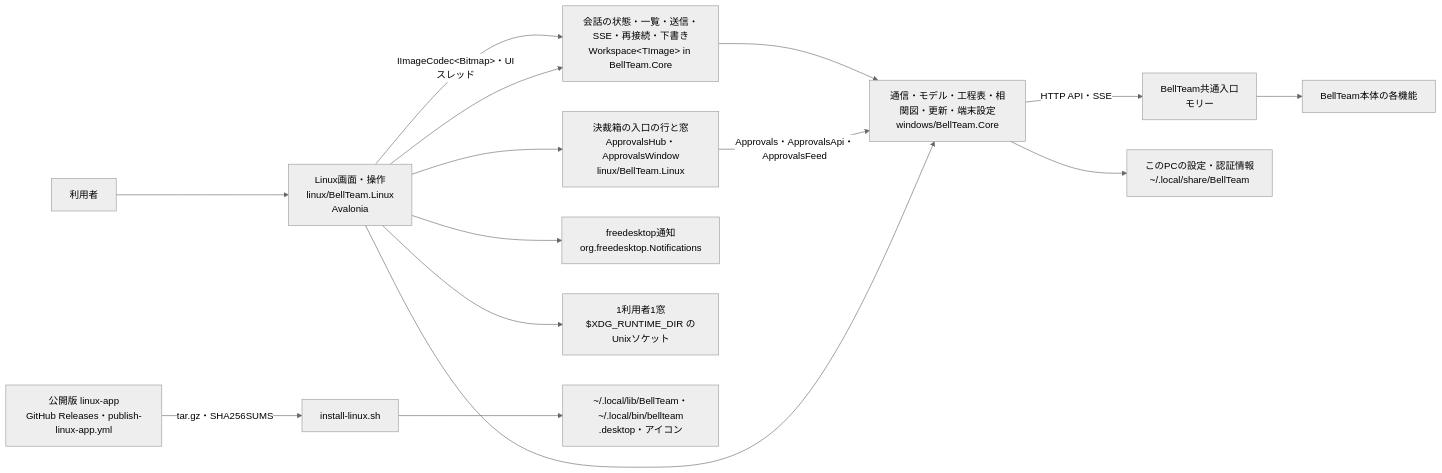
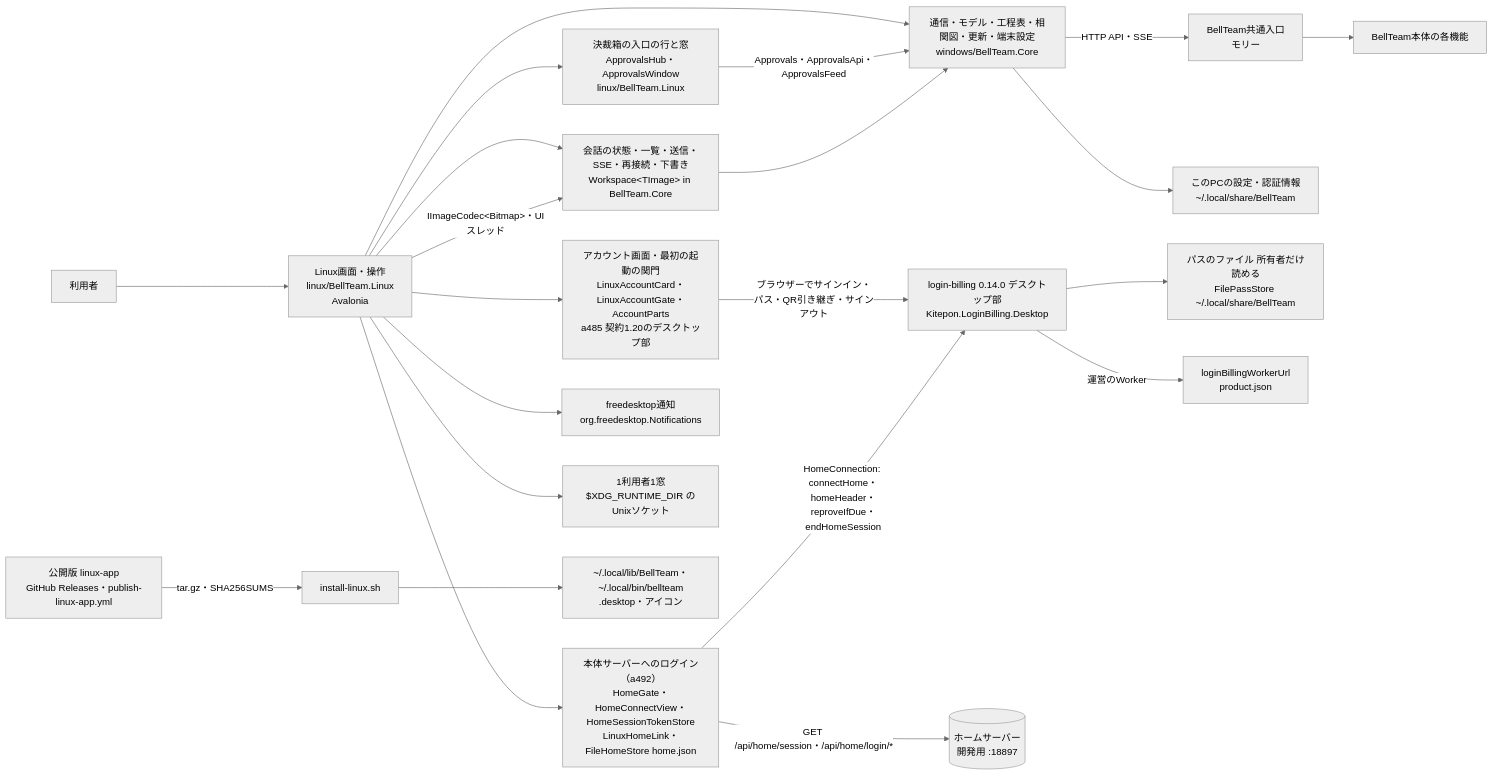
The first of 3 diagrams in docs/linux-architecture.md (kitepon/BellTeam), drawn with Mermaid (neutral theme) before and after one commit. The commit also changed other lines of this file and 34 other files, not shown here.

First line of the commit message:
a492/a515n/a485 Android + Linux: login-billing account card, home login (HomeConnection), Approval Box 2nd instance, DEBUG-only dev-operator seam (#2250, includes #2235 and #2248)

````diff
--- a/docs/linux-architecture.md
+++ b/docs/linux-architecture.md
@@ -9,17 +9,24 @@
 ```mermaid
 flowchart LR
   user[利用者] --> ui[Linux画面・操作<br/>linux/BellTeam.Linux<br/>Avalonia]
   ui --> ws[会話の状態・一覧・送信・SSE・再接続・下書き<br/>Workspace&lt;TImage&gt; in BellTeam.Core]
   ui --> core[通信・モデル・工程表・相関図・更新・端末設定<br/>windows/BellTeam.Core]
   ui --> abx[決裁箱の入口の行と窓<br/>ApprovalsHub・ApprovalsWindow<br/>linux/BellTeam.Linux]
   abx -->|Approvals・ApprovalsApi・ApprovalsFeed| core
   ws --> core
   ui -->|IImageCodec&lt;Bitmap&gt;・UIスレッド| ws
   core -->|HTTP API・SSE| integration[BellTeam共通入口<br/>モリー]
   core --> local[このPCの設定・認証情報<br/>~/.local/share/BellTeam]
+  ui --> account[アカウント画面・最初の起動の関門<br/>LinuxAccountCard・LinuxAccountGate・AccountParts<br/>a485 契約1.20のデスクトップ部]
+  account -->|ブラウザーでサインイン・パス・QR引き継ぎ・サインアウト| lib[login-billing 0.14.0 デスクトップ部<br/>Kitepon.LoginBilling.Desktop]
+  lib --> pass[パスのファイル 所有者だけ読める<br/>FilePassStore ~/.local/share/BellTeam]
+  lib -->|運営のWorker| worker[loginBillingWorkerUrl<br/>product.json]
+  ui --> homelink[本体サーバーへのログイン（a492）<br/>HomeGate・HomeConnectView・HomeSessionTokenStore<br/>LinuxHomeLink・FileHomeStore home.json]
+  homelink -->|HomeConnection: connectHome・homeHeader・reproveIfDue・endHomeSession| lib
+  homelink -->|GET /api/home/session・/api/home/login/*| home[(ホームサーバー<br/>開発用 :18897)]
   ui --> notify[freedesktop通知<br/>org.freedesktop.Notifications]
   ui --> single[1利用者1窓<br/>$XDG_RUNTIME_DIR のUnixソケット]
   release[公開版 linux-app<br/>GitHub Releases・publish-linux-app.yml] -->|tar.gz・SHA256SUMS| install[install-linux.sh]
   install --> files[~/.local/lib/BellTeam・~/.local/bin/bellteam<br/>.desktop・アイコン]
   integration --> server[BellTeam本体の各機能]
 ```
````
